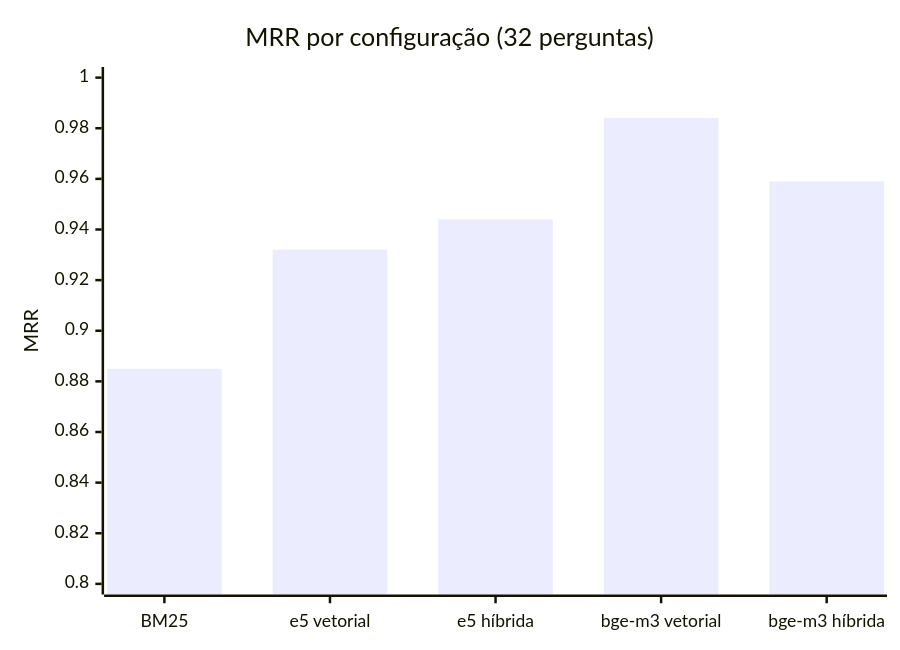
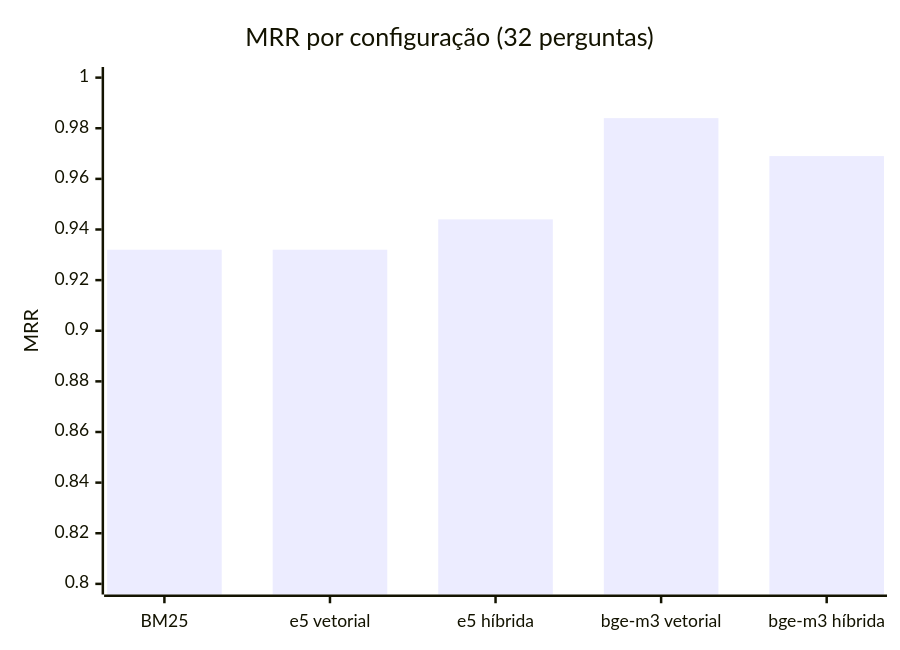
One commit to maykonjuso/residencia-grupo-4 changed the diagram in docs/entrega-2/avaliacao.md. Above: the diagram before and after it, drawn with Mermaid. The commit also changed other lines of this file and 5 other files, not shown here.

````diff
--- a/docs/entrega-2/avaliacao.md
+++ b/docs/entrega-2/avaliacao.md
@@ -42,7 +42,7 @@
 ```mermaid
 xychart-beta
     title "MRR por configuração (32 perguntas)"
     x-axis ["BM25", "e5 vetorial", "e5 híbrida", "bge-m3 vetorial", "bge-m3 híbrida"]
     y-axis "MRR" 0.8 --> 1.0
-    bar [0.885, 0.932, 0.944, 0.984, 0.959]
+    bar [0.932, 0.932, 0.944, 0.984, 0.969]
 ```
````
